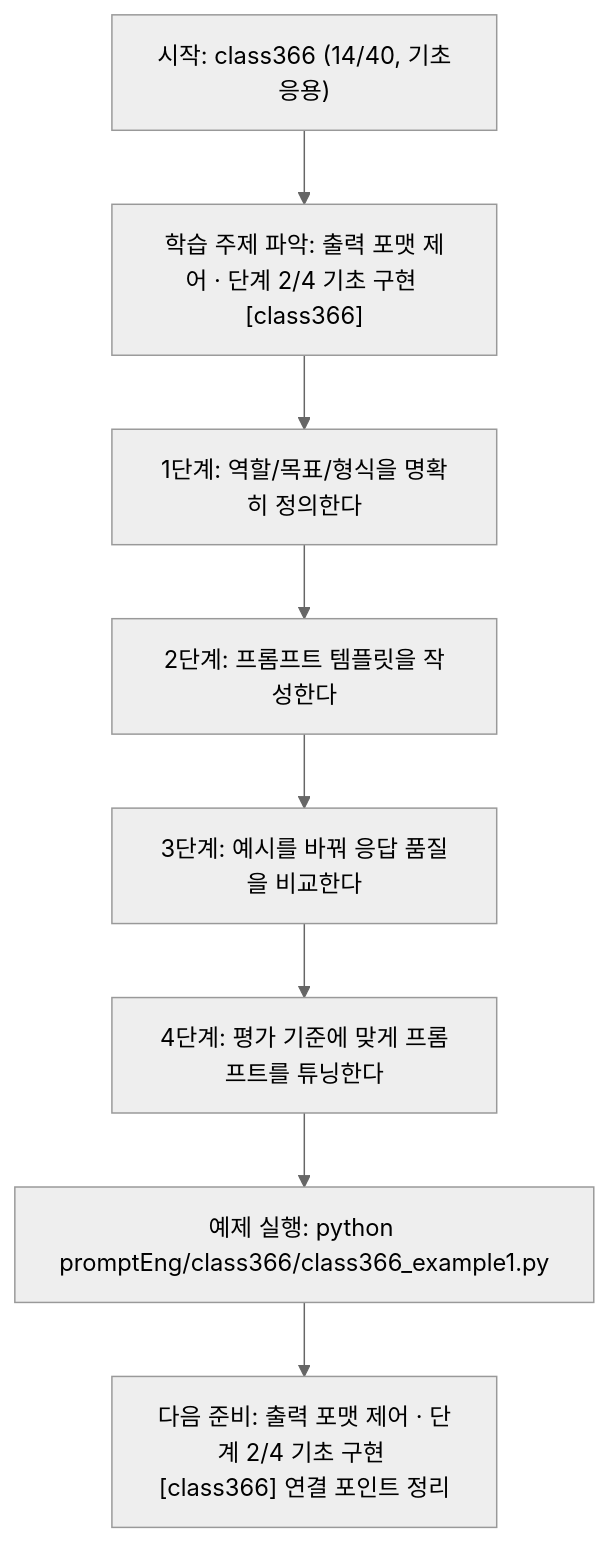
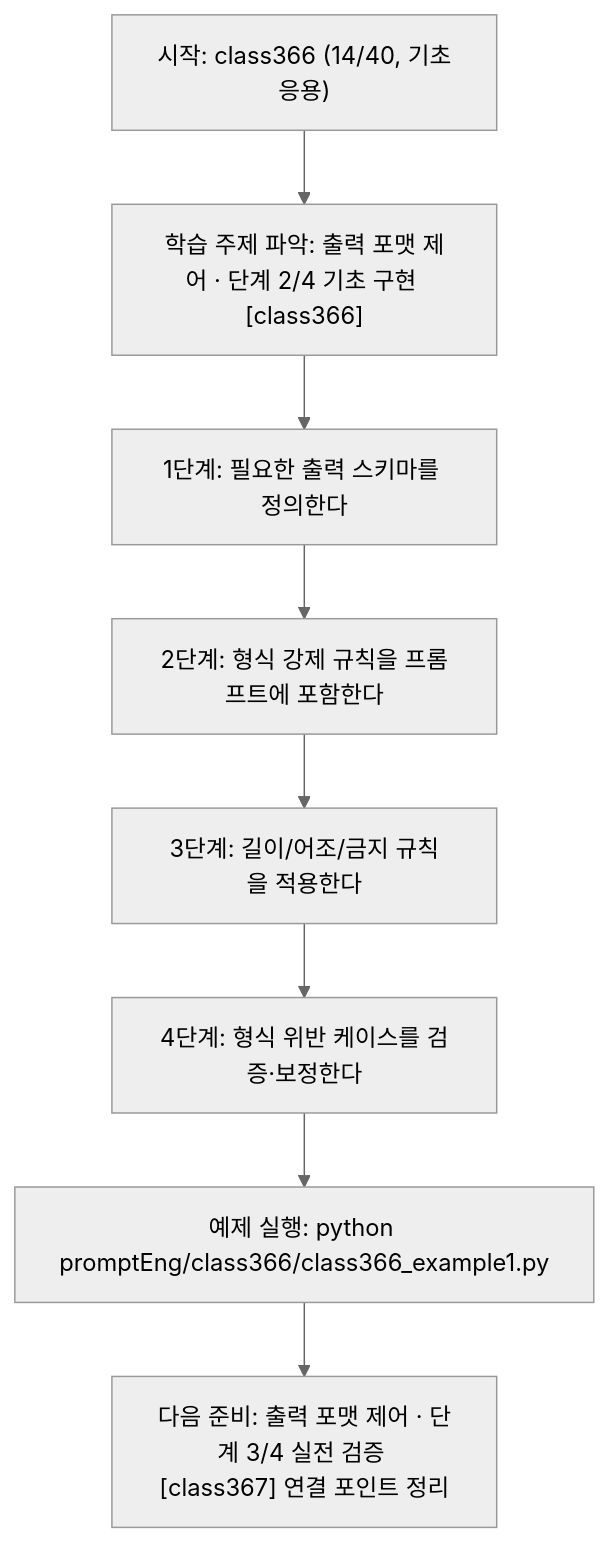
One commit to edumgt/Python-AI_Agent-Class changed the diagram in promptEng/class366/class366.md. Above: the diagram before and after it, drawn with Mermaid (neutral theme). The commit also changed other lines of this file and 283 other files, not shown here.

````diff
--- a/promptEng/class366/class366.md
+++ b/promptEng/class366/class366.md
@@ -110,18 +91,18 @@
 ```mermaid
 flowchart TD
 N1["시작: class366 (14/40, 기초응용)"]
 N2["학습 주제 파악: 출력 포맷 제어 · 단계 2/4 기초 구현 [class366]"]
-N3["1단계: 역할/목표/형식을 명확히 정의한다"]
-N4["2단계: 프롬프트 템플릿을 작성한다"]
-N5["3단계: 예시를 바꿔 응답 품질을 비교한다"]
-N6["4단계: 평가 기준에 맞게 프롬프트를 튜닝한다"]
+N3["1단계: 필요한 출력 스키마를 정의한다"]
+N4["2단계: 형식 강제 규칙을 프롬프트에 포함한다"]
+N5["3단계: 길이/어조/금지 규칙을 적용한다"]
+N6["4단계: 형식 위반 케이스를 검증·보정한다"]
 N7["예제 실행: python promptEng/class366/class366_example1.py"]
-N8["다음 준비: 출력 포맷 제어 · 단계 2/4 기초 구현 [class366] 연결 포인트 정리"]
+N8["다음 준비: 출력 포맷 제어 · 단계 3/4 실전 검증 [class367] 연결 포인트 정리"]
 N1 --> N2
 N2 --> N3
 N3 --> N4
 N4 --> N5
 N5 --> N6
 N6 --> N7
 N7 --> N8
 ```
````
